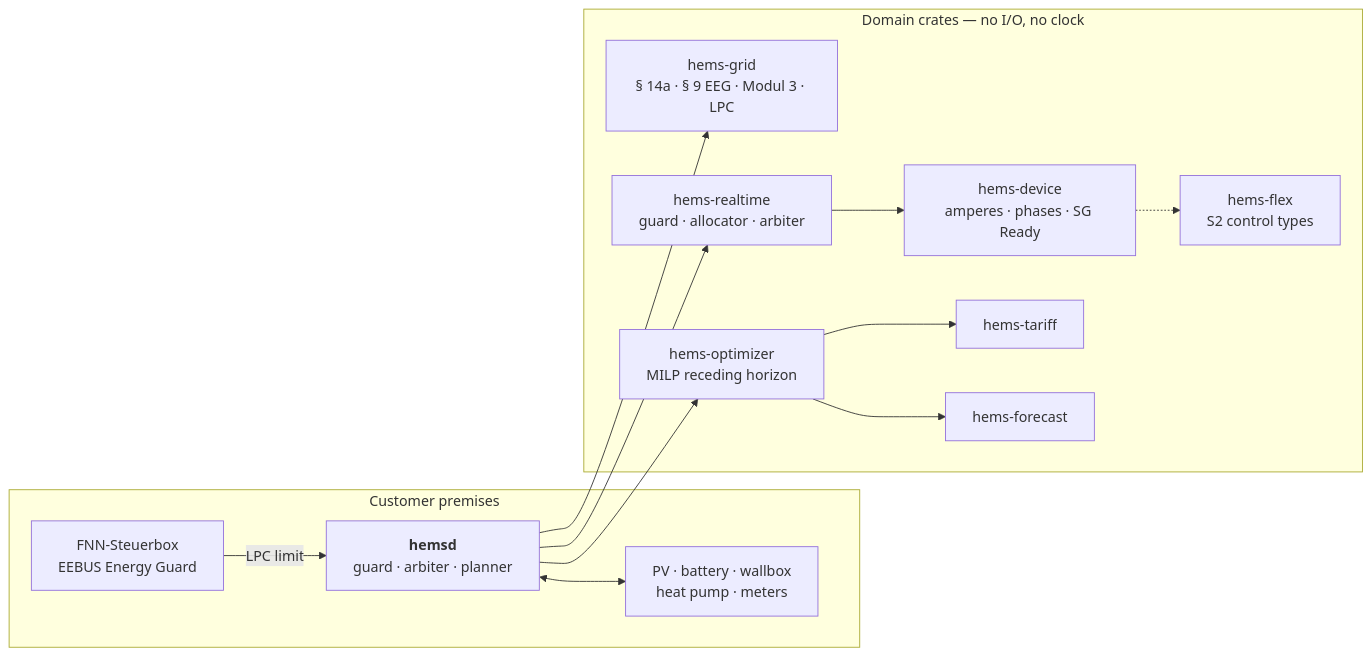
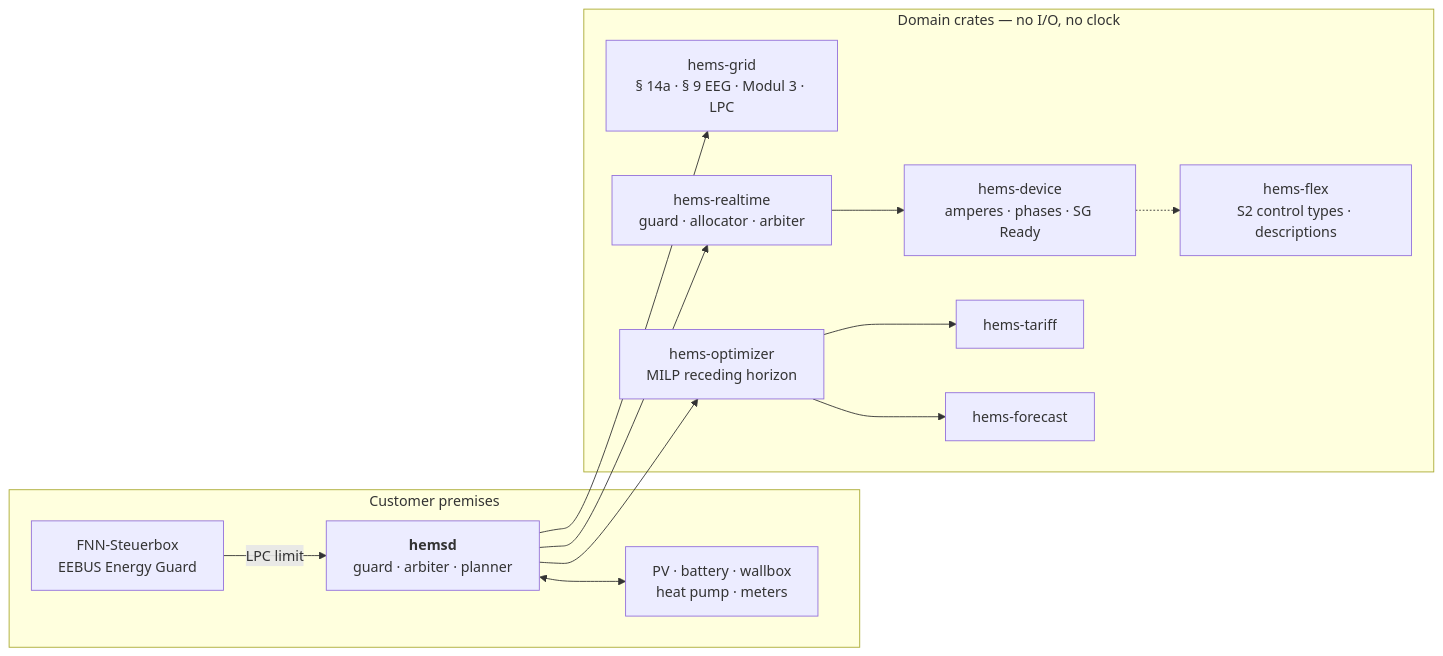
The diagram in README.md (hupe1980/hems), drawn with Mermaid before and after one commit. The commit also changed other lines of this file and 80 other files, not shown here.

````diff
--- a/README.md
+++ b/README.md
@@ -386,23 +484,23 @@
 ```mermaid
 flowchart LR
     subgraph House["Customer premises"]
         SB["FNN-Steuerbox<br/>EEBUS Energy Guard"]
         DEV["PV · battery · wallbox<br/>heat pump · meters"]
         HEMSD["<b>hemsd</b><br/>guard · arbiter · planner"]
     end
     subgraph Domain["Domain crates — no I/O, no clock"]
         GRID["hems-grid<br/>§ 14a · § 9 EEG · Modul 3 · LPC"]
         RT["hems-realtime<br/>guard · allocator · arbiter"]
         DEVC["hems-device<br/>amperes · phases · SG Ready"]
-        FLEX["hems-flex<br/>S2 control types"]
+        FLEX["hems-flex<br/>S2 control types · descriptions"]
         OPT["hems-optimizer<br/>MILP receding horizon"]
         TAR["hems-tariff"]
         FC["hems-forecast"]
     end
     SB -->|"LPC limit"| HEMSD
     HEMSD <--> DEV
     HEMSD --> GRID & RT & OPT
     RT --> DEVC
     DEVC -.-> FLEX
     OPT --> TAR & FC
 ```
````
